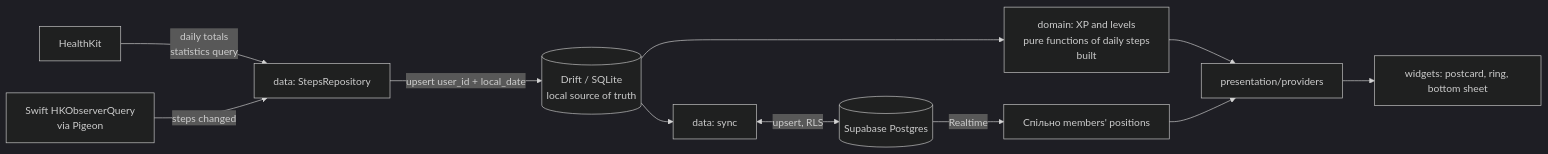
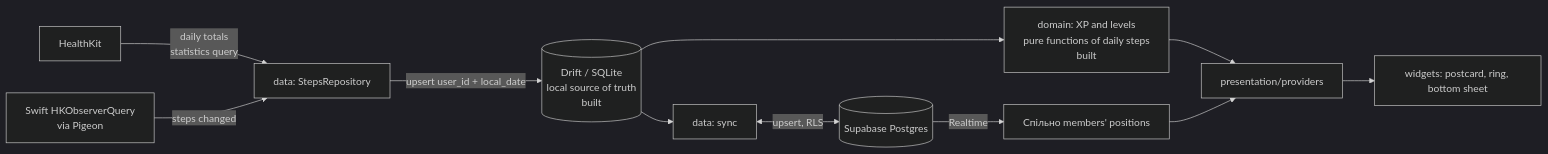
One commit to korotinmain/shlyakh-app changed the diagram in docs/ARCHITECTURE.md. Above: the diagram before and after it, drawn with Mermaid (dark theme). The commit also changed other lines of this file and 19 other files, not shown here.

First line of the commit message:
feat(steps): Drift database and daily steps schema v1 (#10)

````diff
--- a/docs/ARCHITECTURE.md
+++ b/docs/ARCHITECTURE.md
@@ -73,13 +80,13 @@
 ```mermaid
 flowchart LR
   HK[HealthKit] -->|daily totals<br/>statistics query| SR[data: StepsRepository]
   OBS[Swift HKObserverQuery<br/>via Pigeon] -->|"steps changed"| SR
-  SR -->|upsert user_id + local_date| DB[(Drift / SQLite<br/>local source of truth)]
+  SR -->|upsert user_id + local_date| DB[(Drift / SQLite<br/>local source of truth<br/>built)]
   DB --> XP[domain: XP and levels<br/>pure functions of daily steps<br/>built]
   DB --> SYNC[data: sync]
   SYNC <-->|upsert, RLS| SB[(Supabase Postgres)]
   SB -->|Realtime| MEMBERS[Спільно members' positions]
   XP --> P[presentation/providers]
   MEMBERS --> P
   P --> UI[widgets: postcard, ring, bottom sheet]
 ```
````
